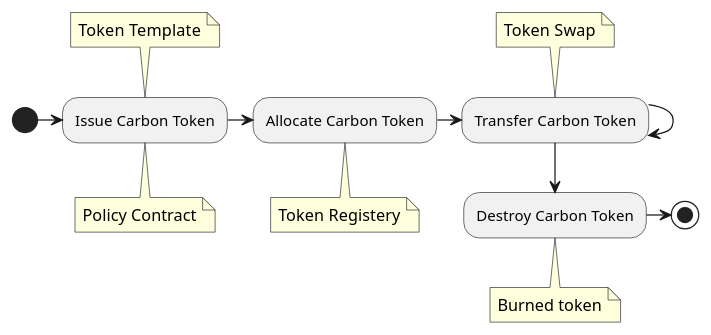
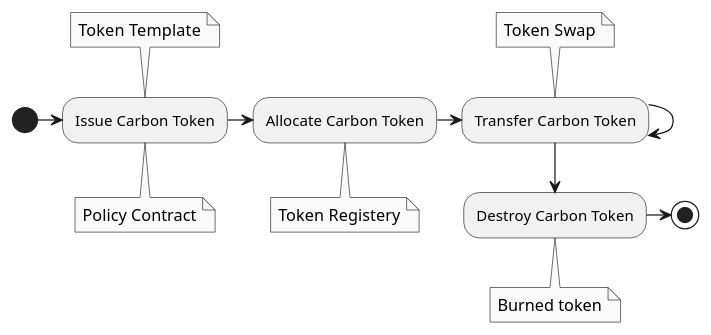
One commit to oscargolding/Carboncoin-ESG changed the diagram in diagrams/token.pu. Above: the diagram before and after it, drawn with PlantUML. The commit also changed 31 other files, not shown here.

```diff
--- a/diagrams/token.pu
+++ b/diagrams/token.pu
@@ -1,14 +1,16 @@
 @startuml Token
+
+skinparam monochrome true
 
 (*) -right-> "Issue Carbon Token"
 note top: Token Template
 note bottom: Policy Contract
 -right-> "Allocate Carbon Token"
 note bottom: Token Registery
 -right-> "Transfer Carbon Token" as T
 note top: Token Swap
 -down-> T
 -down-> "Destroy Carbon Token"
 note bottom: Burned token
 -right-> (*)
 @enduml
```
